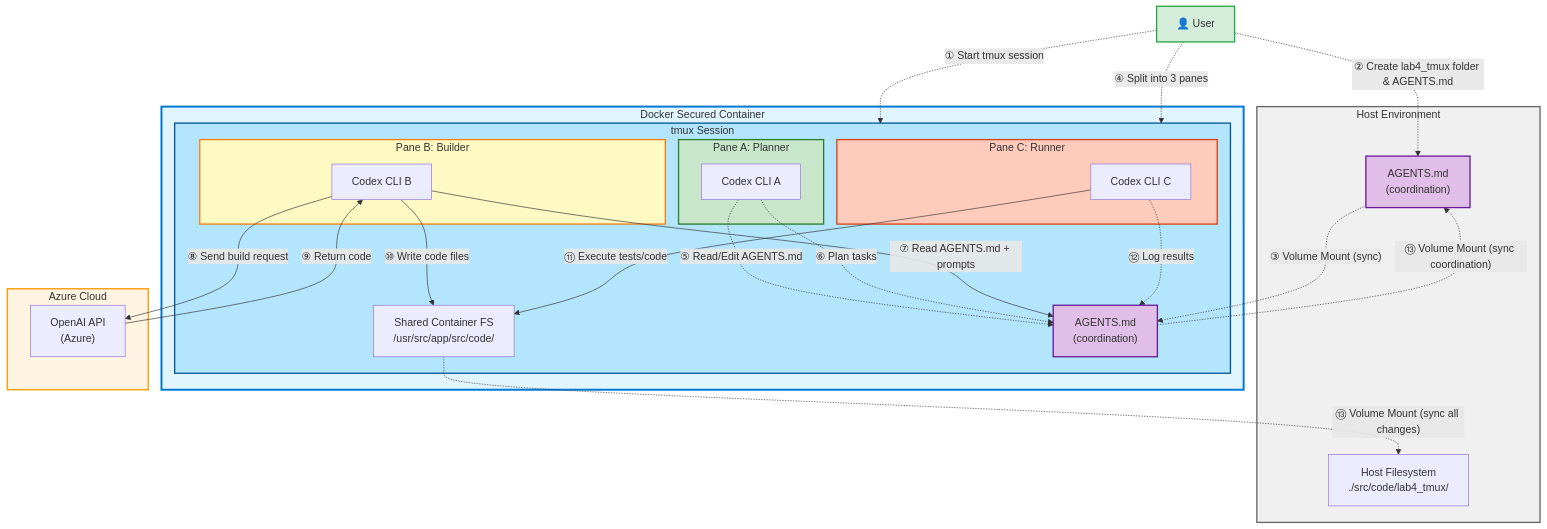
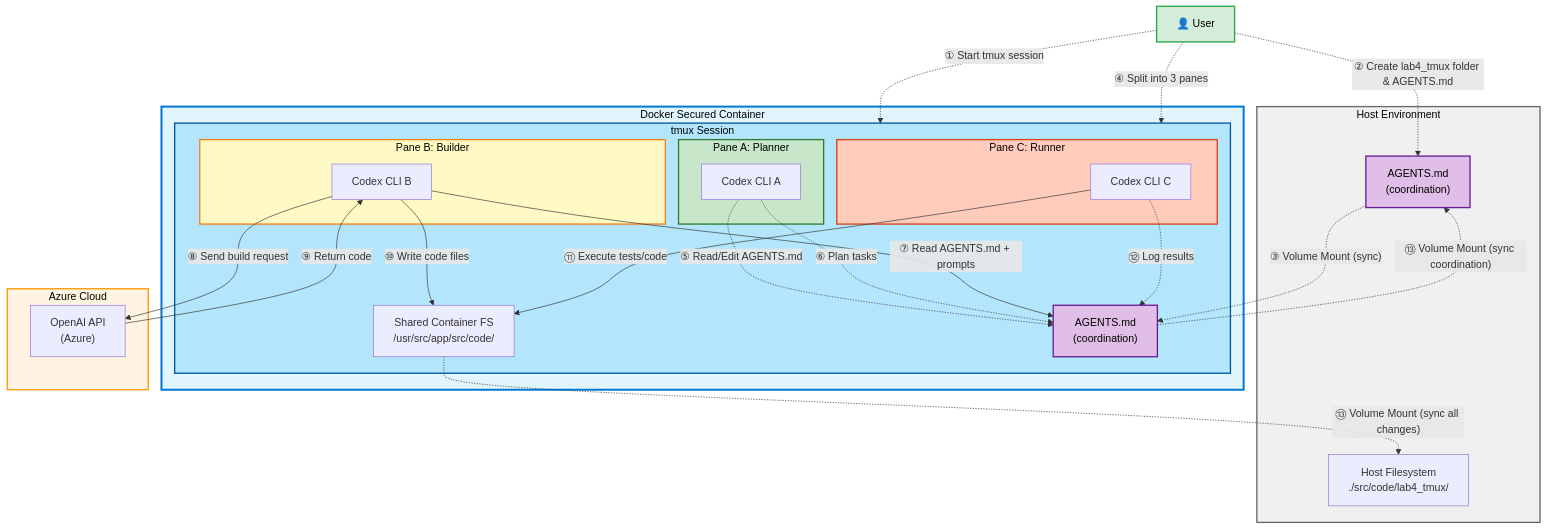
Before and after one commit to jakeatmsft/codex-launch: the diagram in labs/lab4-multi-codex-tmux.md, drawn with Mermaid. The commit also changed 4 other files, not shown here.

Commit message:
updated contrast on diagrams

````diff
--- a/labs/lab4-multi-codex-tmux.md
+++ b/labs/lab4-multi-codex-tmux.md
@@ -7,59 +7,59 @@
 ```mermaid
 graph TB
     User["👤 User"]
     
     subgraph Host["Host Environment"]
         HostFS["Host Filesystem<br/>./src/code/lab4_tmux/"]
         CoordFile["AGENTS.md<br/>(coordination)"]
     end
     
     subgraph Docker["Docker Secured Container"]
         subgraph Tmux["tmux Session"]
             subgraph PaneA["Pane A: Planner"]
                 CodexA["Codex CLI A"]
             end
             subgraph PaneB["Pane B: Builder"]
                 CodexB["Codex CLI B"]
             end
             subgraph PaneC["Pane C: Runner"]
                 CodexC["Codex CLI C"]
             end
             ContainerFS["Shared Container FS<br/>/usr/src/app/src/code/"]
             CoordFS["AGENTS.md<br/>(coordination)"]
         end
     end
     
     subgraph Cloud["Azure Cloud"]
         OpenAI["OpenAI API<br/>(Azure)"]
     end
     
     User -.->|"① Start tmux session"| Tmux
     User -.->|"② Create lab4_tmux folder & AGENTS.md"| CoordFile
     CoordFile -.->|"③ Volume Mount (sync)"| CoordFS
     User -.->|"④ Split into 3 panes"| Tmux
     
     CodexA -.->|"⑤ Read/Edit AGENTS.md"| CoordFS
     CodexA -.->|"⑥ Plan tasks"| CoordFS
     
     CodexB -->|"⑦ Read AGENTS.md + prompts"| CoordFS
     CodexB -->|"⑧ Send build request"| OpenAI
     OpenAI -->|"⑨ Return code"| CodexB
     CodexB -->|"⑩ Write code files"| ContainerFS
     
     CodexC -->|"⑪ Execute tests/code"| ContainerFS
     CodexC -.->|"⑫ Log results"| CoordFS
     
     ContainerFS -.->|"⑬ Volume Mount (sync all changes)"| HostFS
     CoordFS -.->|"⑬ Volume Mount (sync coordination)"| CoordFile
     
-    style Docker fill:#e1f5ff,stroke:#0078d4,stroke-width:3px
-    style Host fill:#f0f0f0,stroke:#666,stroke-width:2px
-    style Cloud fill:#fff4e1,stroke:#ff9800,stroke-width:2px
-    style Tmux fill:#b3e5fc,stroke:#01579b,stroke-width:2px
-    style PaneA fill:#c8e6c9,stroke:#2e7d32,stroke-width:2px
-    style PaneB fill:#fff9c4,stroke:#f57f17,stroke-width:2px
-    style PaneC fill:#ffccbc,stroke:#d84315,stroke-width:2px
-    style User fill:#d4edda,stroke:#28a745,stroke-width:2px
-    style CoordFile fill:#e1bee7,stroke:#6a1b9a,stroke-width:2px
-    style CoordFS fill:#e1bee7,stroke:#6a1b9a,stroke-width:2px
+    style Docker fill:#e1f5ff,stroke:#0078d4,stroke-width:3px,color:#000
+    style Host fill:#f0f0f0,stroke:#666,stroke-width:2px,color:#000
+    style Cloud fill:#fff4e1,stroke:#ff9800,stroke-width:2px,color:#000
+    style Tmux fill:#b3e5fc,stroke:#01579b,stroke-width:2px,color:#000
+    style PaneA fill:#c8e6c9,stroke:#2e7d32,stroke-width:2px,color:#000
+    style PaneB fill:#fff9c4,stroke:#f57f17,stroke-width:2px,color:#000
+    style PaneC fill:#ffccbc,stroke:#d84315,stroke-width:2px,color:#000
+    style User fill:#d4edda,stroke:#28a745,stroke-width:2px,color:#000
+    style CoordFile fill:#e1bee7,stroke:#6a1b9a,stroke-width:2px,color:#000
+    style CoordFS fill:#e1bee7,stroke:#6a1b9a,stroke-width:2px,color:#000
 ```
````
